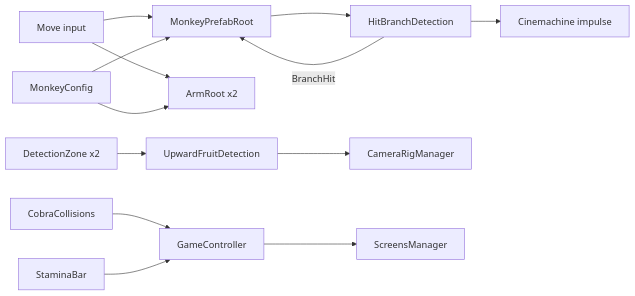
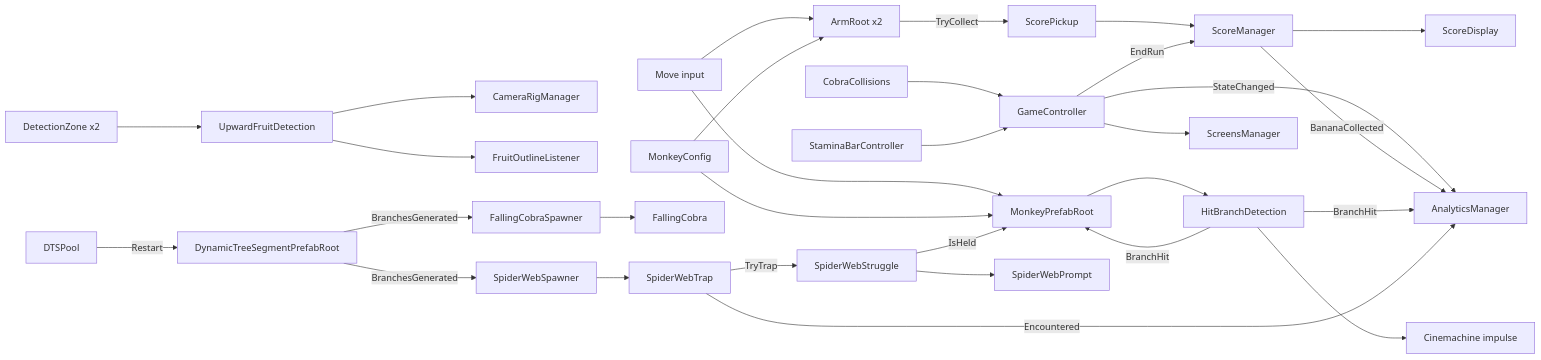
One commit to CSCI-526/Team4-Lu_Lu changed the diagram in CONTEXT.md. Above: the diagram before and after it, drawn with Mermaid. The commit also changed other lines of this file and 156 other files, not shown here.

````diff
--- a/CONTEXT.md
+++ b/CONTEXT.md
@@ -51,15 +61,32 @@
 ```mermaid
 graph LR
   Input[Move input] --> Root[MonkeyPrefabRoot]
   Input --> Arm[ArmRoot x2]
   Cfg[MonkeyConfig] --> Root
   Cfg --> Arm
   Root --> Hit[HitBranchDetection]
   Hit -->|BranchHit| Root
   Hit --> Shake[Cinemachine impulse]
   Zones[DetectionZone x2] --> Fruit[UpwardFruitDetection]
   Fruit --> Cam[CameraRigManager]
+  Fruit --> Outline[FruitOutlineListener]
+  Arm -->|TryCollect| Pickup[ScorePickup]
+  Pickup --> Score[ScoreManager]
+  Score --> ScoreUI[ScoreDisplay]
   Cobra[CobraCollisions] --> Game[GameController]
-  Stamina[StaminaBar] --> Game
+  Stamina[StaminaBarController] --> Game
   Game --> Screens[ScreensManager]
+  Game -->|EndRun| Score
+  Pool[DTSPool] -->|Restart| Segment[DynamicTreeSegmentPrefabRoot]
+  Segment -->|BranchesGenerated| Spawner[SpiderWebSpawner]
+  Segment -->|BranchesGenerated| CobraSpawner[FallingCobraSpawner]
+  CobraSpawner --> FallCobra[FallingCobra]
+  Spawner --> Web[SpiderWebTrap]
+  Web -->|TryTrap| Struggle[SpiderWebStruggle]
+  Struggle -->|IsHeld| Root
+  Struggle --> Prompt[SpiderWebPrompt]
+  Game -->|StateChanged| Analytics[AnalyticsManager]
+  Score -->|BananaCollected| Analytics
+  Hit -->|BranchHit| Analytics
+  Web -->|Encountered| Analytics
 ```
````
